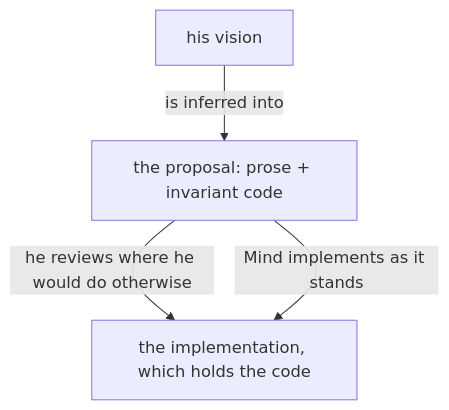
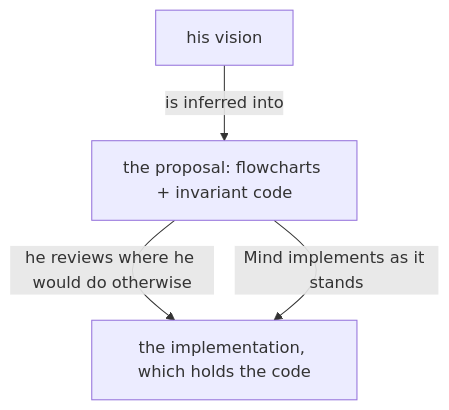
One commit to LiGoldragon/psyche-belief changed the second of 4 diagrams in vision/belief-modules/0.md. Above: the diagram before and after it, drawn with Mermaid. The commit also changed other lines of this file and 2 other files, not shown here.

Commit message:
Land proposal-shown-in-code: a proposal is charts and small pieces of code
Claude-Session: https://claude.ai/code/session_019YVikyvmFTSNG9ee6T3xTm

````diff
--- a/vision/belief-modules/0.md
+++ b/vision/belief-modules/0.md
@@ -29,6 +31,6 @@
 ```mermaid
 flowchart TB
-    a["his vision"] -- "is inferred into" --> b["the proposal: prose + invariant code"]
+    a["his vision"] -- "is inferred into" --> b["the proposal: flowcharts + invariant code"]
     b -- "he reviews where he would do otherwise" --> c["the implementation, which holds the code"]
     b -- "Mind implements as it stands" --> c
 ```
````
